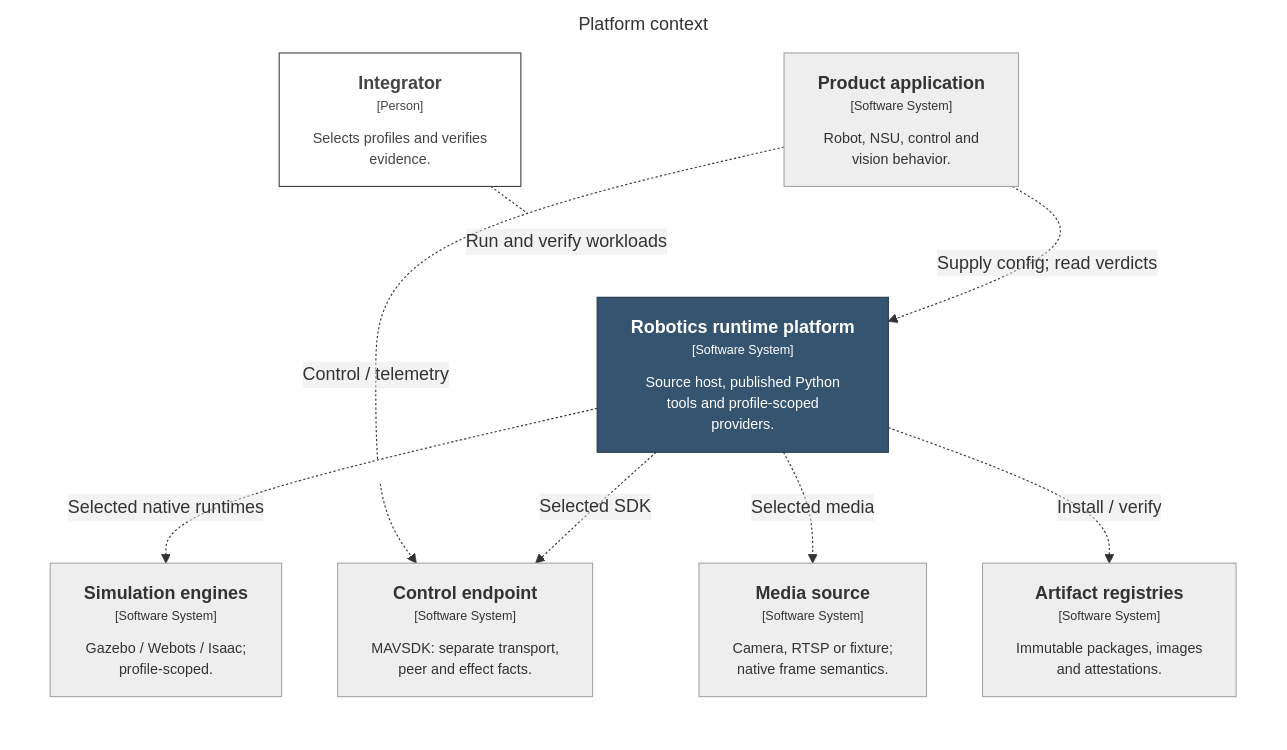
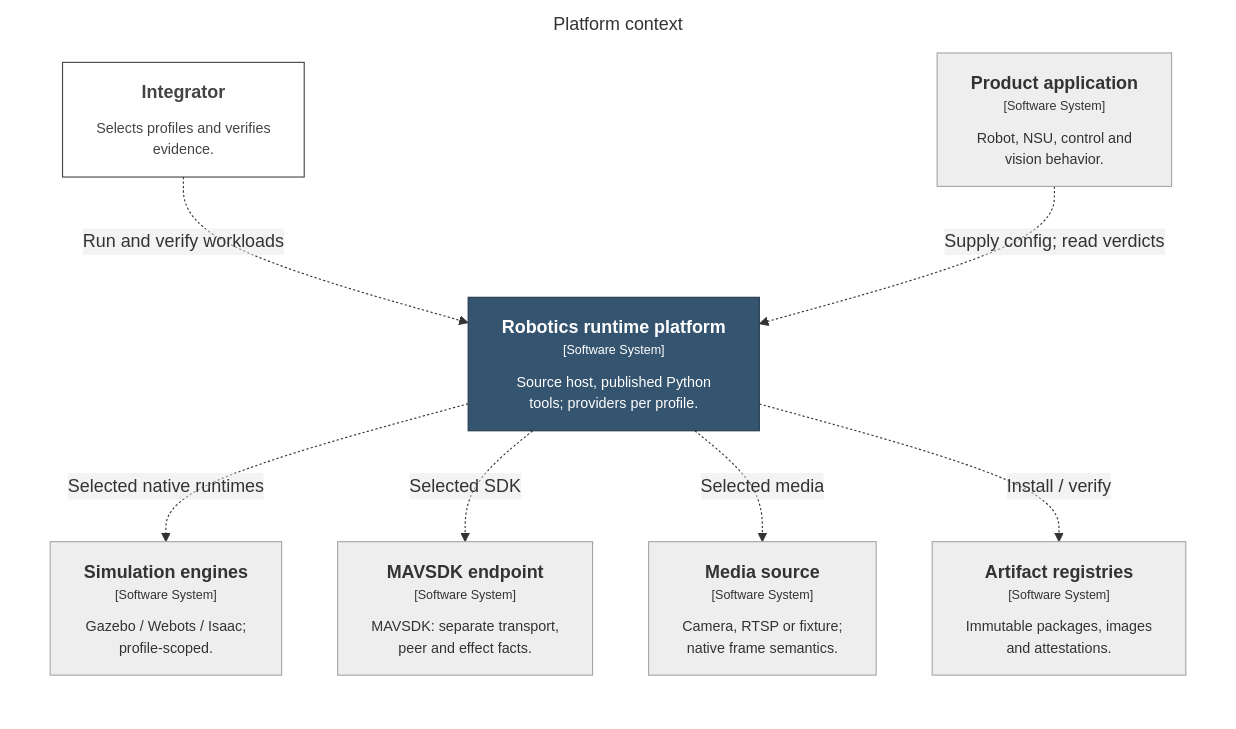
The diagram in docs/architecture/generated/structurizr-Context.mmd (mmkolpakov/robotics-runtime), drawn with Mermaid before and after one commit. The commit also changed 11 other files, not shown here.

Commit message:
Keep architecture labels readable at README width

```diff
--- a/docs/architecture/generated/structurizr-Context.mmd
+++ b/docs/architecture/generated/structurizr-Context.mmd
@@ -1,30 +1,29 @@
 graph LR
   linkStyle default fill:#ffffff
 
   subgraph diagram ["Platform context"]
     style diagram fill:#ffffff,stroke:#ffffff
 
-    1["<div style='font-weight: bold'>Integrator</div><div style='font-size: 70%; margin-top: 0px'>[Person]</div><div style='font-size: 80%; margin-top:10px'>Selects profiles and verifies<br />evidence.</div>"]
+    1["<div style='font-weight: bold'>Integrator</div><div style='font-size: 80%; margin-top:10px'>Selects profiles and verifies<br />evidence.</div>"]
     style 1 fill:#ffffff,stroke:#444444,color:#444444
     2["<div style='font-weight: bold'>Product application</div><div style='font-size: 70%; margin-top: 0px'>[Software System]</div><div style='font-size: 80%; margin-top:10px'>Robot, NSU, control and<br />vision behavior.</div>"]
     style 2 fill:#eeeeee,stroke:#a6a6a6,color:#333333
     3["<div style='font-weight: bold'>Simulation engines</div><div style='font-size: 70%; margin-top: 0px'>[Software System]</div><div style='font-size: 80%; margin-top:10px'>Gazebo / Webots / Isaac;<br />profile-scoped.</div>"]
     style 3 fill:#eeeeee,stroke:#a6a6a6,color:#333333
-    4["<div style='font-weight: bold'>Control endpoint</div><div style='font-size: 70%; margin-top: 0px'>[Software System]</div><div style='font-size: 80%; margin-top:10px'>MAVSDK: separate transport,<br />peer and effect facts.</div>"]
+    4["<div style='font-weight: bold'>MAVSDK endpoint</div><div style='font-size: 70%; margin-top: 0px'>[Software System]</div><div style='font-size: 80%; margin-top:10px'>MAVSDK: separate transport,<br />peer and effect facts.</div>"]
     style 4 fill:#eeeeee,stroke:#a6a6a6,color:#333333
     5["<div style='font-weight: bold'>Media source</div><div style='font-size: 70%; margin-top: 0px'>[Software System]</div><div style='font-size: 80%; margin-top:10px'>Camera, RTSP or fixture;<br />native frame semantics.</div>"]
     style 5 fill:#eeeeee,stroke:#a6a6a6,color:#333333
     6["<div style='font-weight: bold'>Artifact registries</div><div style='font-size: 70%; margin-top: 0px'>[Software System]</div><div style='font-size: 80%; margin-top:10px'>Immutable packages, images<br />and attestations.</div>"]
     style 6 fill:#eeeeee,stroke:#a6a6a6,color:#333333
-    7["<div style='font-weight: bold'>Robotics runtime platform</div><div style='font-size: 70%; margin-top: 0px'>[Software System]</div><div style='font-size: 80%; margin-top:10px'>Source host, published Python<br />tools and profile-scoped<br />providers.</div>"]
+    7["<div style='font-weight: bold'>Robotics runtime platform</div><div style='font-size: 70%; margin-top: 0px'>[Software System]</div><div style='font-size: 80%; margin-top:10px'>Source host, published Python<br />tools; providers per profile.</div>"]
     style 7 fill:#35546f,stroke:#253a4d,color:#ffffff
 
     1-. "<div>Run and verify workloads</div><div style='font-size: 70%'></div>" .->7
     2-. "<div>Supply config; read verdicts</div><div style='font-size: 70%'></div>" .->7
-    2-. "<div>Control / telemetry</div><div style='font-size: 70%'></div>" .->4
     7-. "<div>Selected native runtimes</div><div style='font-size: 70%'></div>" .->3
     7-. "<div>Selected SDK</div><div style='font-size: 70%'></div>" .->4
     7-. "<div>Selected media</div><div style='font-size: 70%'></div>" .->5
     7-. "<div>Install / verify</div><div style='font-size: 70%'></div>" .->6
 
   end
```
